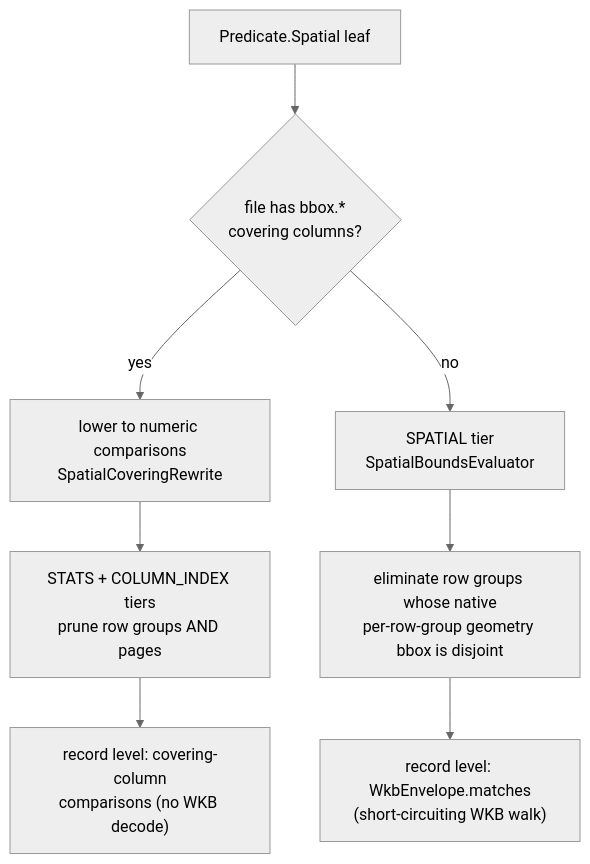
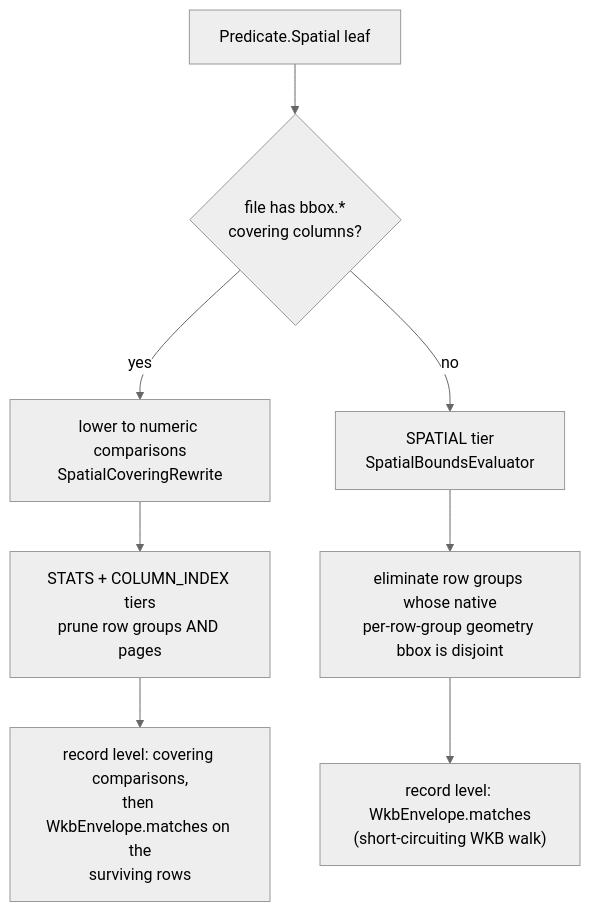
The diagram in docs/spatial-filtering.md (tileverse-io/parquetry), drawn with Mermaid (neutral theme) before and after one commit. The commit also changed other lines of this file, not shown here.

First line of the commit message:
docs: a bbox filter on a file with a covering also tests the WKB

````diff
--- a/docs/spatial-filtering.md
+++ b/docs/spatial-filtering.md
@@ -68,12 +68,12 @@
 ```mermaid
 flowchart TD
     pred["Predicate.Spatial leaf"] --> covering{"file has bbox.*<br/>covering columns?"}
 
     covering -->|yes| lower["lower to numeric comparisons<br/>SpatialCoveringRewrite"]
     lower --> tiers["STATS + COLUMN_INDEX tiers<br/>prune row groups AND pages"]
-    tiers --> recordCmp["record level: covering-column<br/>comparisons (no WKB decode)"]
+    tiers --> recordCmp["record level: covering comparisons,<br/>then WkbEnvelope.matches on the<br/>surviving rows"]
 
     covering -->|no| native["SPATIAL tier<br/>SpatialBoundsEvaluator"]
     native --> rg["eliminate row groups whose native<br/>per-row-group geometry bbox is disjoint"]
     rg --> recordWkb["record level: WkbEnvelope.matches<br/>(short-circuiting WKB walk)"]
 ```
````
